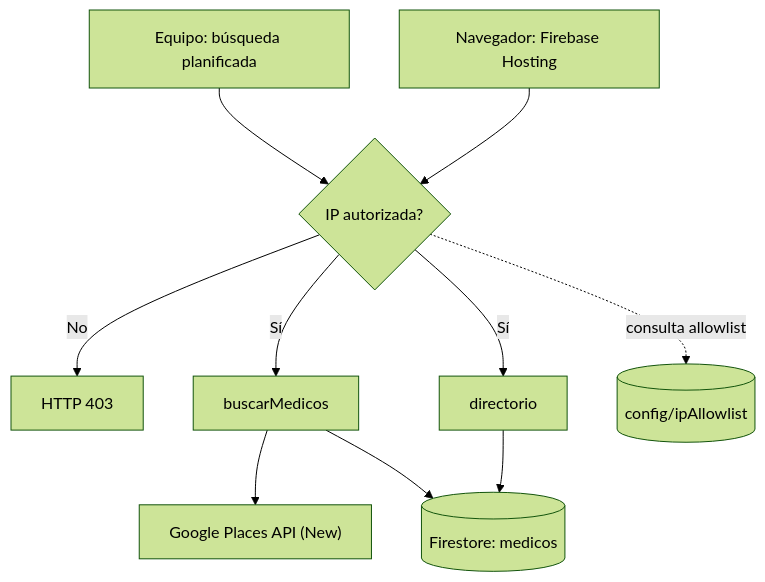
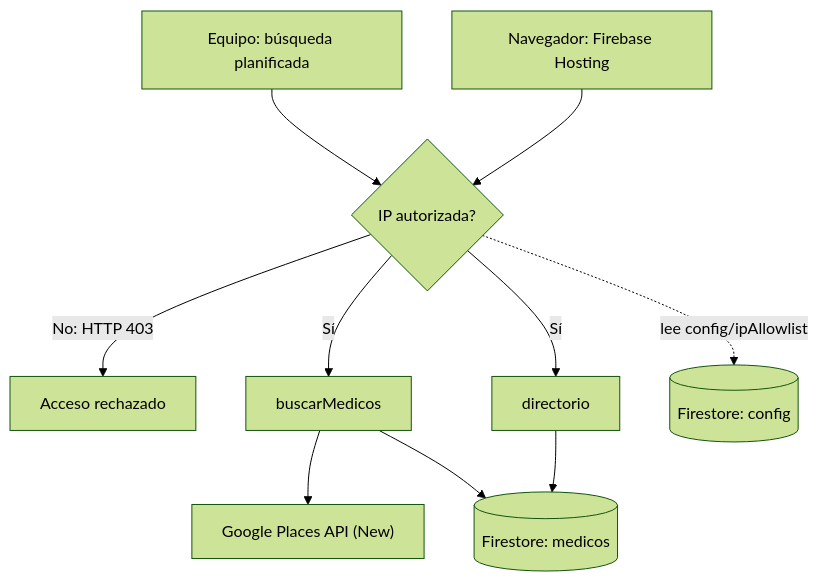
The diagram in docs/doc_final.md (Rodrimansidub14/RAI-MSPAS), drawn with Mermaid (forest theme) before and after one commit. The commit also changed other lines of this file and 11 other files, not shown here.

````diff
--- a/docs/doc_final.md
+++ b/docs/doc_final.md
@@ -18,12 +18,12 @@
 ```mermaid
 flowchart TB
   equipo["Equipo: búsqueda planificada"] --> gate{"IP autorizada?"}
   hosting["Navegador: Firebase Hosting"] --> gate
-  gate -->|"No"| denied["HTTP 403"]
+  gate -->|"No: HTTP 403"| denied["Acceso rechazado"]
   gate -->|"Sí"| buscar["buscarMedicos"]
   gate -->|"Sí"| directorio["directorio"]
   buscar --> places["Google Places API (New)"]
   buscar --> medicos[("Firestore: medicos")]
   directorio --> medicos
-  gate -.->|"consulta allowlist"| config[("config/ipAllowlist")]
+  gate -.->|"lee config/ipAllowlist"| config[("Firestore: config")]
 ```
````
